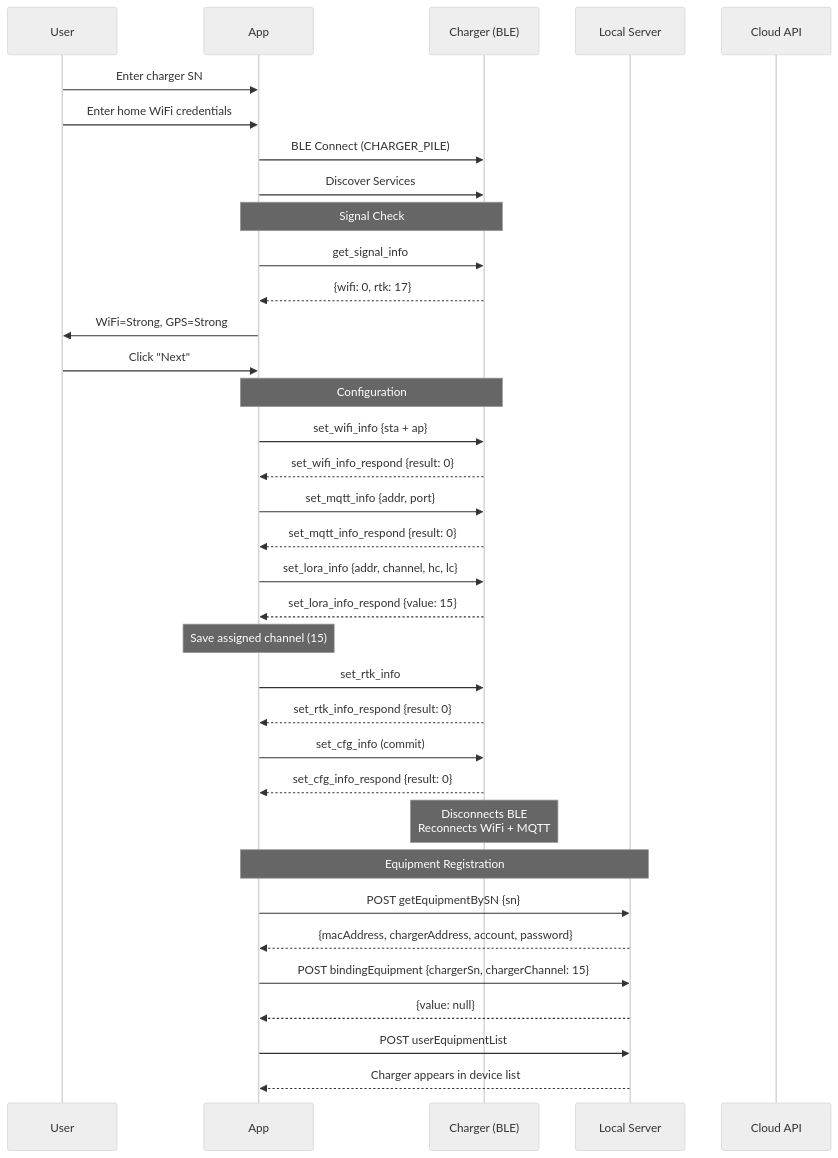
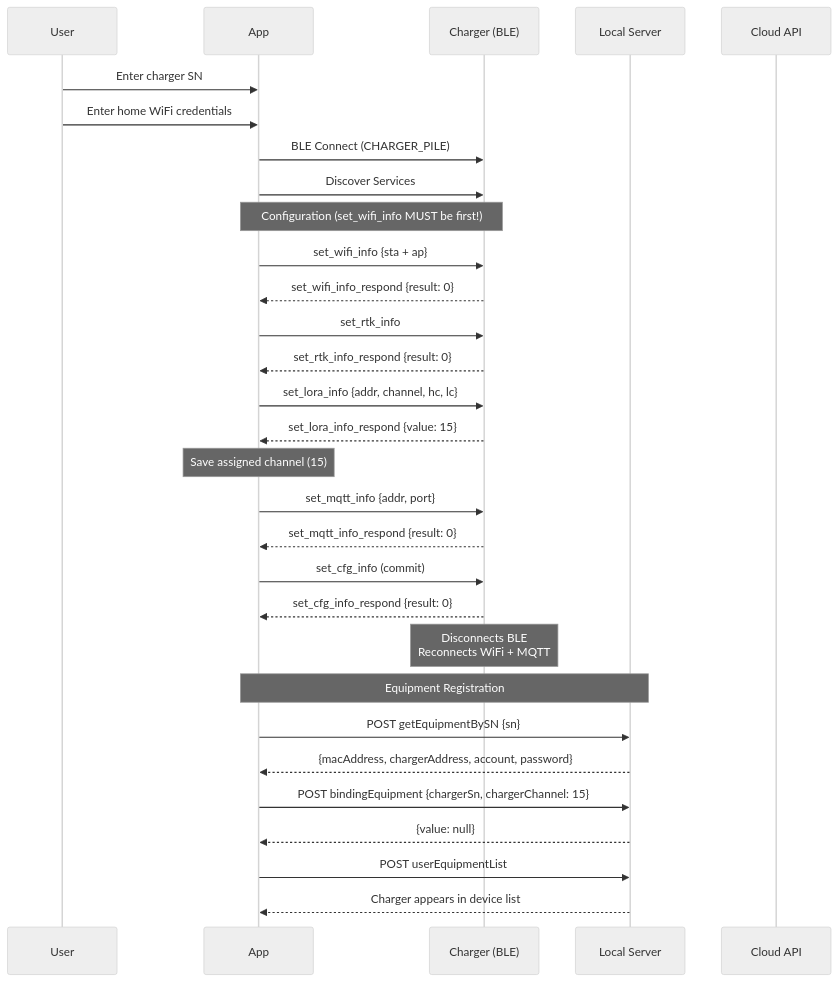
Before and after one commit to rvbcrs/Novabot: the diagram in docs/ble/charger-provisioning.md, drawn with Mermaid (neutral theme). The commit also changed other lines of this file and 6 other files, not shown here.

````diff
--- a/docs/ble/charger-provisioning.md
+++ b/docs/ble/charger-provisioning.md
@@ -21,49 +24,42 @@
 ```mermaid
 sequenceDiagram
     participant User
     participant App
     participant Charger as Charger (BLE)
     participant Server as Local Server
     participant Cloud as Cloud API
 
     User->>App: Enter charger SN
     User->>App: Enter home WiFi credentials
     App->>Charger: BLE Connect (CHARGER_PILE)
     App->>Charger: Discover Services
 
-    Note over App,Charger: Signal Check
-    App->>Charger: get_signal_info
-    Charger-->>App: {wifi: 0, rtk: 17}
-    App->>User: WiFi=Strong, GPS=Strong
-
-    User->>App: Click "Next"
-
-    Note over App,Charger: Configuration
+    Note over App,Charger: Configuration (set_wifi_info MUST be first!)
     App->>Charger: set_wifi_info {sta + ap}
     Charger-->>App: set_wifi_info_respond {result: 0}
 
-    App->>Charger: set_mqtt_info {addr, port}
-    Charger-->>App: set_mqtt_info_respond {result: 0}
+    App->>Charger: set_rtk_info
+    Charger-->>App: set_rtk_info_respond {result: 0}
 
     App->>Charger: set_lora_info {addr, channel, hc, lc}
     Charger-->>App: set_lora_info_respond {value: 15}
     Note over App: Save assigned channel (15)
 
-    App->>Charger: set_rtk_info
-    Charger-->>App: set_rtk_info_respond {result: 0}
+    App->>Charger: set_mqtt_info {addr, port}
+    Charger-->>App: set_mqtt_info_respond {result: 0}
 
     App->>Charger: set_cfg_info (commit)
     Charger-->>App: set_cfg_info_respond {result: 0}
 
     Note over Charger: Disconnects BLE<br/>Reconnects WiFi + MQTT
 
     Note over App,Server: Equipment Registration
     App->>Server: POST getEquipmentBySN {sn}
     Server-->>App: {macAddress, chargerAddress, account, password}
 
     App->>Server: POST bindingEquipment {chargerSn, chargerChannel: 15}
     Server-->>App: {value: null}
 
     App->>Server: POST userEquipmentList
     Server-->>App: Charger appears in device list
 ```
````
